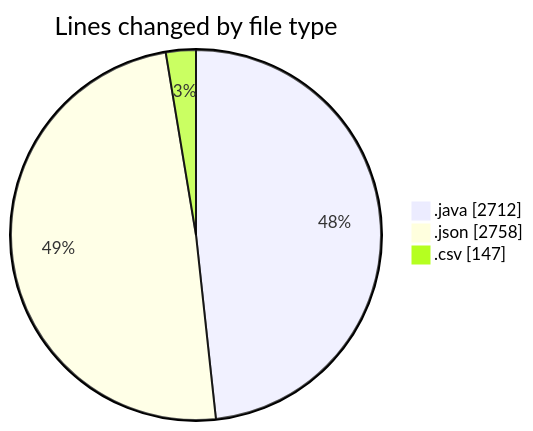
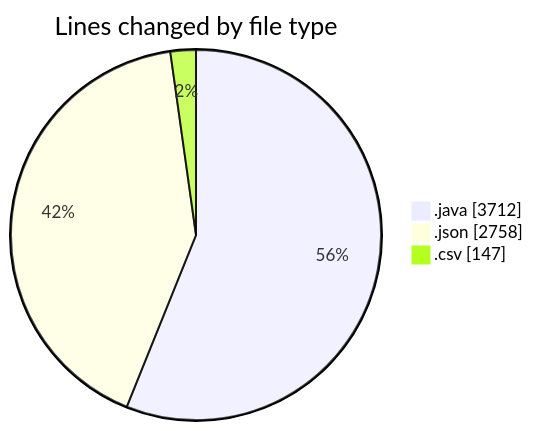
One commit to ricardozamudiocil/code-tracking changed the first of 2 diagrams in 2026-03-17/cilapp/README.md. Above: the diagram before and after it, drawn with Mermaid. The commit also changed other lines of this file and 1 other file, not shown here.

````diff
--- a/2026-03-17/cilapp/README.md
+++ b/2026-03-17/cilapp/README.md
@@ -27,7 +27,7 @@
 ```mermaid
 pie showData
 title Lines changed by file type
-".java" : 2712
+".java" : 3712
 ".json" : 2758
 ".csv" : 147
 ```
````
